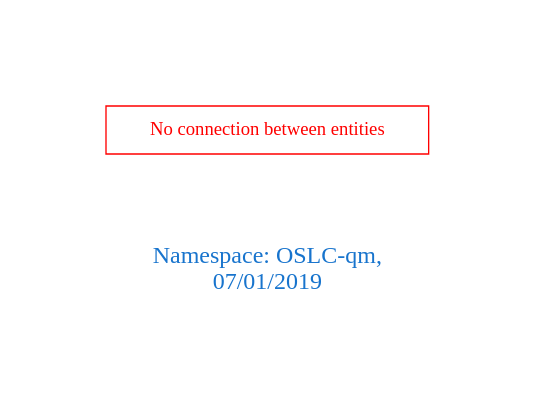
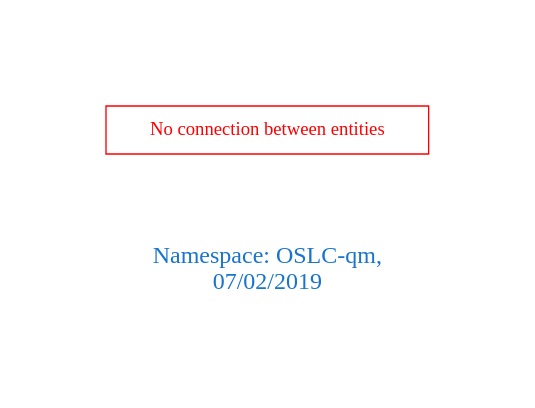
One commit to arago/OGIT changed the diagram in downloads/OSLC-qm.dot. Above: the diagram before and after it, drawn with Graphviz. The commit also changed 1443 other files, not shown here.

```diff
--- a/downloads/OSLC-qm.dot
+++ b/downloads/OSLC-qm.dot
@@ -1,9 +1,9 @@
 digraph OGIT_ontology {
  graph [ rankdir= LR,pad=1 
 fontsize = 18,
-fontcolor= dodgerblue3,label = "\n\n\nNamespace: OSLC-qm, \n 07/01/2019"];
+fontcolor= dodgerblue3,label = "\n\n\nNamespace: OSLC-qm, \n 07/02/2019"];
 node[shape=polygon];
 edge [  color="gray81"];
 
 "No connection between entities" [fontcolor = "red",color="red", shape="polygon"]
 }
```
